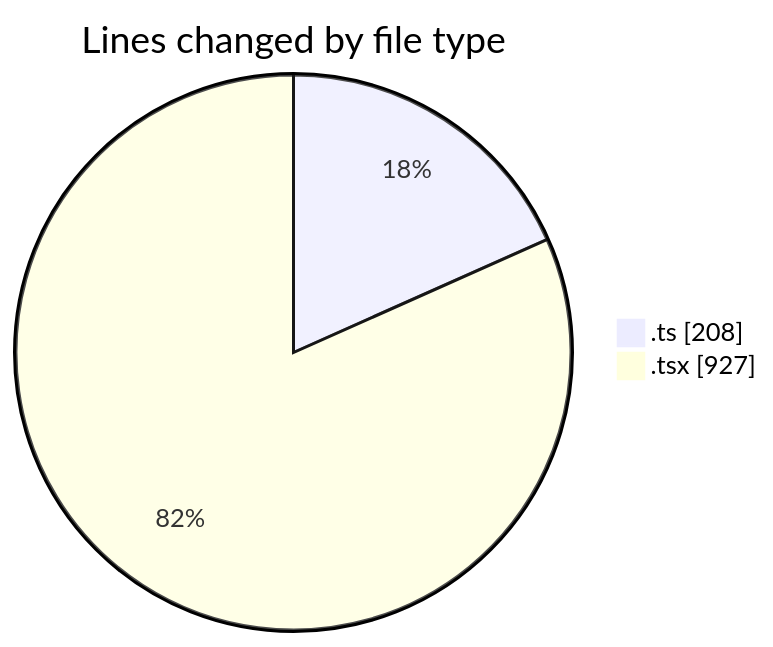
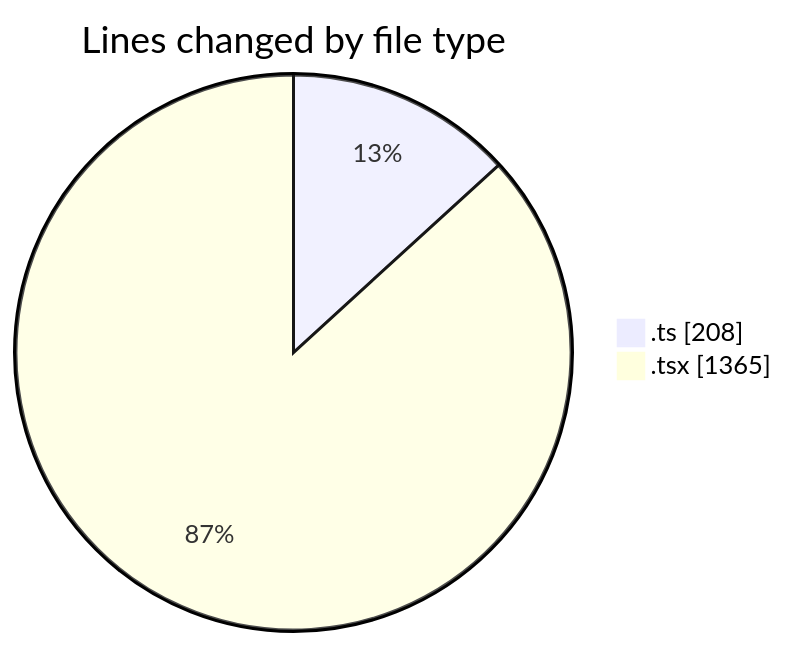
The first of 2 diagrams in 2025-01-27/termonied-web/README.md (robertbonfada/code-tracking), drawn with Mermaid before and after one commit. The commit also changed other lines of this file and 1 other file, not shown here.

````diff
--- a/2025-01-27/termonied-web/README.md
+++ b/2025-01-27/termonied-web/README.md
@@ -25,6 +26,6 @@
 ```mermaid
 pie showData
 title Lines changed by file type
 ".ts" : 208
-".tsx" : 927
+".tsx" : 1365
 ```
````
